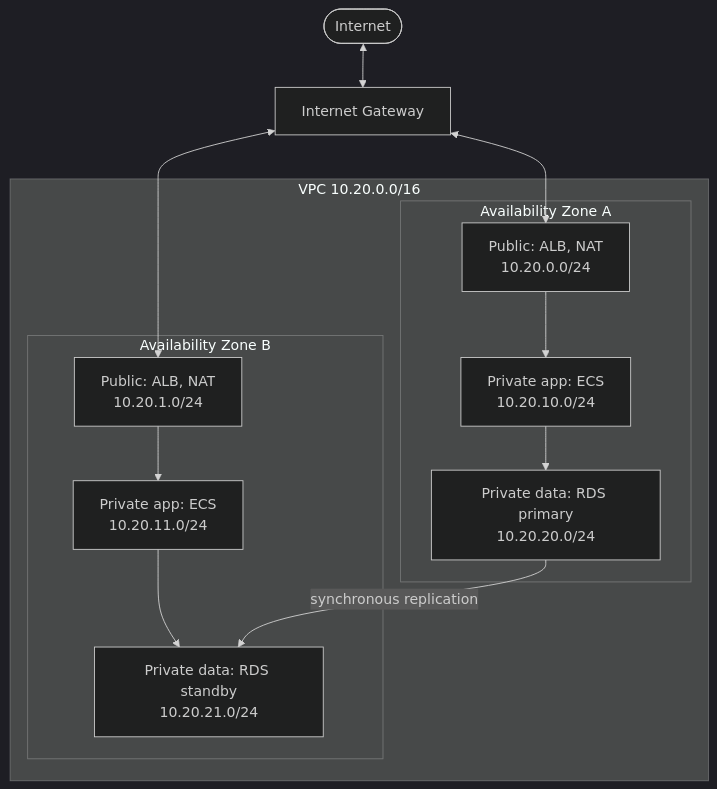
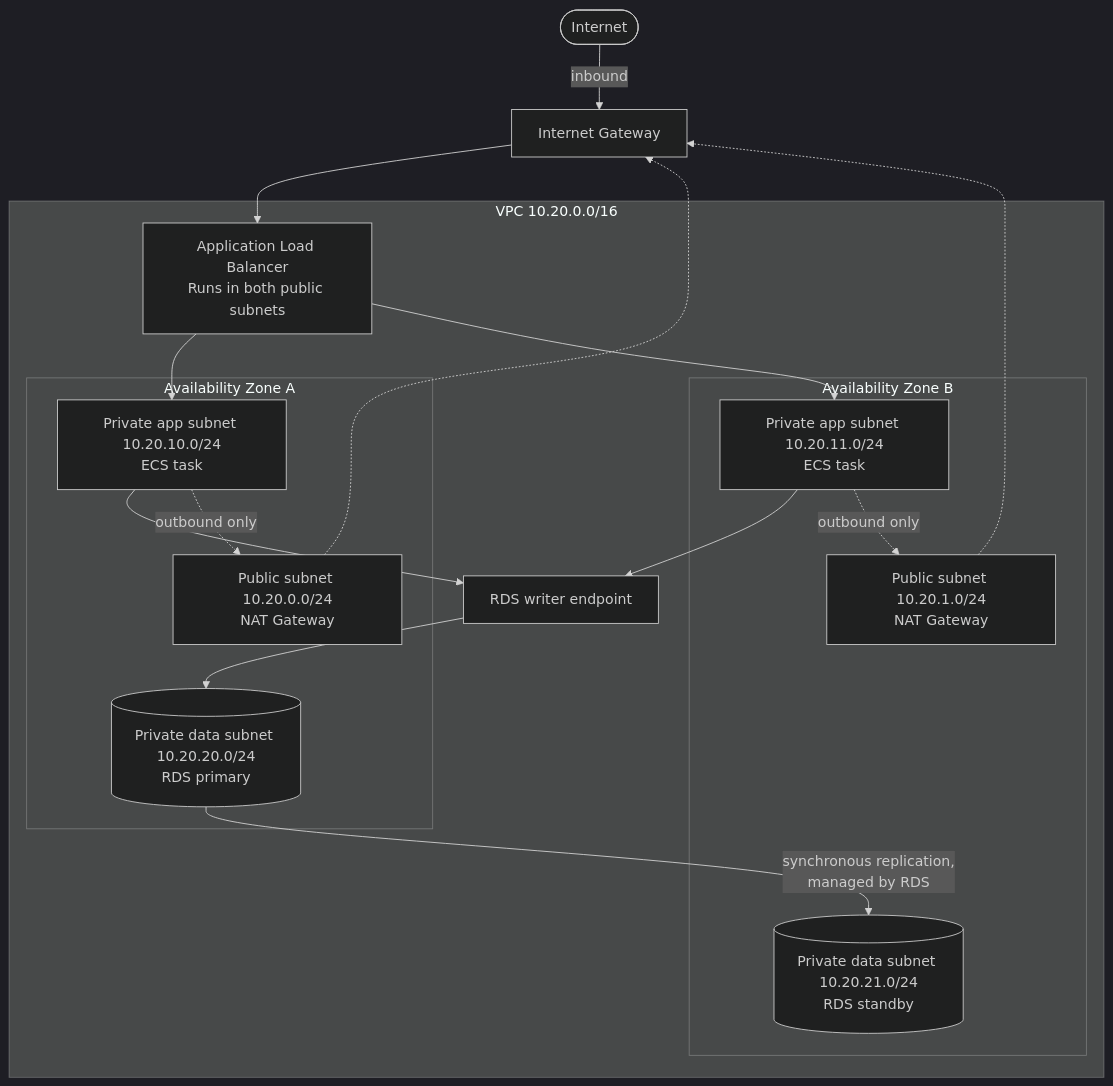
The fourth of 9 diagrams in ARCHITECTURE.md (Zerubabel-J/tracehome-platform), drawn with Mermaid (dark theme) before and after one commit. The commit also changed other lines of this file and 2 other files, not shown here.

````diff
--- a/ARCHITECTURE.md
+++ b/ARCHITECTURE.md
@@ -102,25 +169,32 @@
 ```mermaid
 flowchart TB
     internet(["Internet"])
     igw["Internet Gateway"]
 
     subgraph vpc["VPC 10.20.0.0/16"]
+        alb["Application Load Balancer<br/>Runs in both public subnets"]
+        endpoint["RDS writer endpoint"]
         subgraph aza["Availability Zone A"]
-            pubA["Public: ALB, NAT<br/>10.20.0.0/24"]
-            appA["Private app: ECS<br/>10.20.10.0/24"]
-            dbA["Private data: RDS primary<br/>10.20.20.0/24"]
+            natA["Public subnet 10.20.0.0/24<br/>NAT Gateway"]
+            appA["Private app subnet 10.20.10.0/24<br/>ECS task"]
+            dbA[("Private data subnet 10.20.20.0/24<br/>RDS primary")]
         end
         subgraph azb["Availability Zone B"]
-            pubB["Public: ALB, NAT<br/>10.20.1.0/24"]
-            appB["Private app: ECS<br/>10.20.11.0/24"]
-            dbB["Private data: RDS standby<br/>10.20.21.0/24"]
+            natB["Public subnet 10.20.1.0/24<br/>NAT Gateway"]
+            appB["Private app subnet 10.20.11.0/24<br/>ECS task"]
+            dbB[("Private data subnet 10.20.21.0/24<br/>RDS standby")]
         end
     end
 
-    internet <--> igw
-    igw <--> pubA
-    igw <--> pubB
-    pubA --> appA --> dbA
-    pubB --> appB --> dbB
-    dbA -- "synchronous replication" --> dbB
+    internet -- "inbound" --> igw --> alb
+    alb --> appA
+    alb --> appB
+    appA --> endpoint
+    appB --> endpoint
+    endpoint --> dbA
+    dbA -- "synchronous replication,<br/>managed by RDS" --> dbB
+    appA -. "outbound only" .-> natA
+    appB -. "outbound only" .-> natB
+    natA -.-> igw
+    natB -.-> igw
 ```
````
